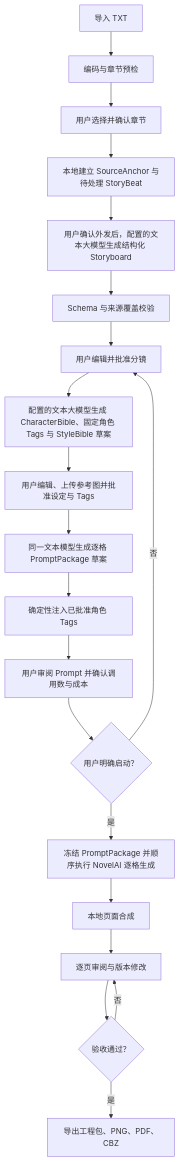
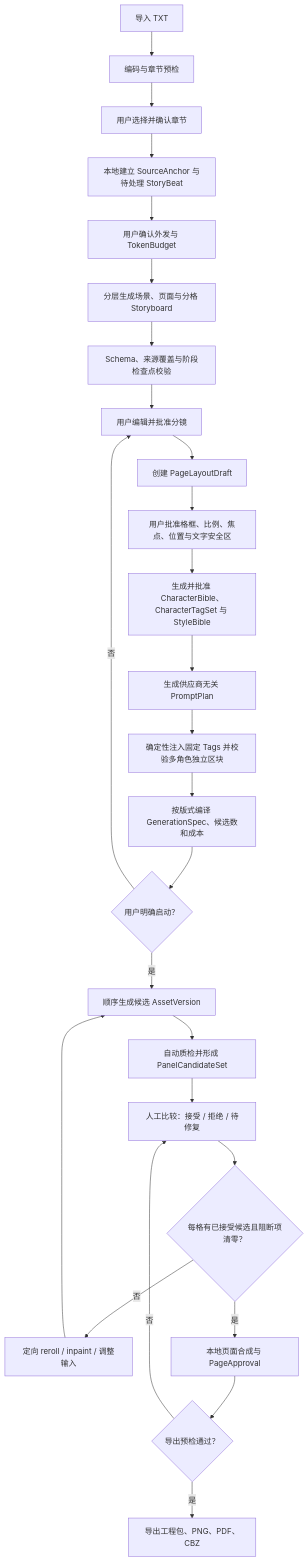
One commit to Litinan-Ery/Manga-Maker changed the first of 2 diagrams in PRD.md. Above: the diagram before and after it, drawn with Mermaid. The commit also changed other lines of this file and 7 other files, not shown here.

First line of the commit message:
docs: define v0.3 architecture and delivery tickets

````diff
--- a/PRD.md
+++ b/PRD.md
@@ -145,22 +177,28 @@
 ```mermaid
 flowchart TD
     A["导入 TXT"] --> B["编码与章节预检"]
     B --> C["用户选择并确认章节"]
     C --> D["本地建立 SourceAnchor 与待处理 StoryBeat"]
-    D --> E["用户确认外发后，配置的文本大模型生成结构化 Storyboard"]
-    E --> F["Schema 与来源覆盖校验"]
-    F --> G["用户编辑并批准分镜"]
-    G --> H["配置的文本大模型生成 CharacterBible、固定角色 Tags 与 StyleBible 草案"]
-    H --> I["用户编辑、上传参考图并批准设定与 Tags"]
-    I --> J["同一文本模型生成逐格 PromptPackage 草案"]
-    J --> K["确定性注入已批准角色 Tags"]
-    K --> L["用户审阅 Prompt 并确认调用数与成本"]
-    L --> M{"用户明确启动？"}
-    M -- 否 --> G
-    M -- 是 --> N["冻结 PromptPackage 并顺序执行 NovelAI 逐格生成"]
-    N --> O["本地页面合成"]
-    O --> P["逐页审阅与版本修改"]
-    P --> Q{"验收通过？"}
-    Q -- 否 --> P
-    Q -- 是 --> R["导出工程包、PNG、PDF、CBZ"]
+    D --> E["用户确认外发与 TokenBudget"]
+    E --> F["分层生成场景、页面与分格 Storyboard"]
+    F --> G["Schema、来源覆盖与阶段检查点校验"]
+    G --> H["用户编辑并批准分镜"]
+    H --> I["创建 PageLayoutDraft"]
+    I --> J["用户批准格框、比例、焦点、位置与文字安全区"]
+    J --> K["生成并批准 CharacterBible、CharacterTagSet 与 StyleBible"]
+    K --> L["生成供应商无关 PromptPlan"]
+    L --> M["确定性注入固定 Tags 并校验多角色独立区块"]
+    M --> N["按版式编译 GenerationSpec、候选数和成本"]
+    N --> O{"用户明确启动？"}
+    O -- 否 --> H
+    O -- 是 --> P["顺序生成候选 AssetVersion"]
+    P --> Q["自动质检并形成 PanelCandidateSet"]
+    Q --> R["人工比较：接受 / 拒绝 / 待修复"]
+    R --> S{"每格有已接受候选且阻断项清零？"}
+    S -- 否 --> T["定向 reroll / inpaint / 调整输入"]
+    T --> P
+    S -- 是 --> U["本地页面合成与 PageApproval"]
+    U --> V{"导出预检通过？"}
+    V -- 否 --> R
+    V -- 是 --> W["导出工程包、PNG、PDF、CBZ"]
 ```
````
